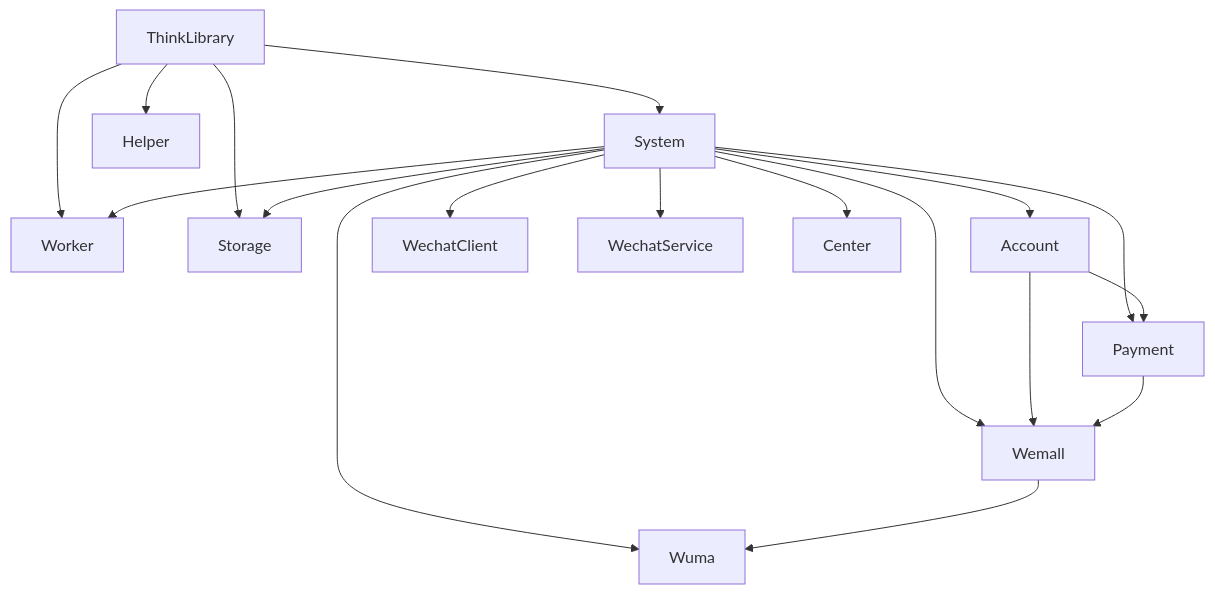
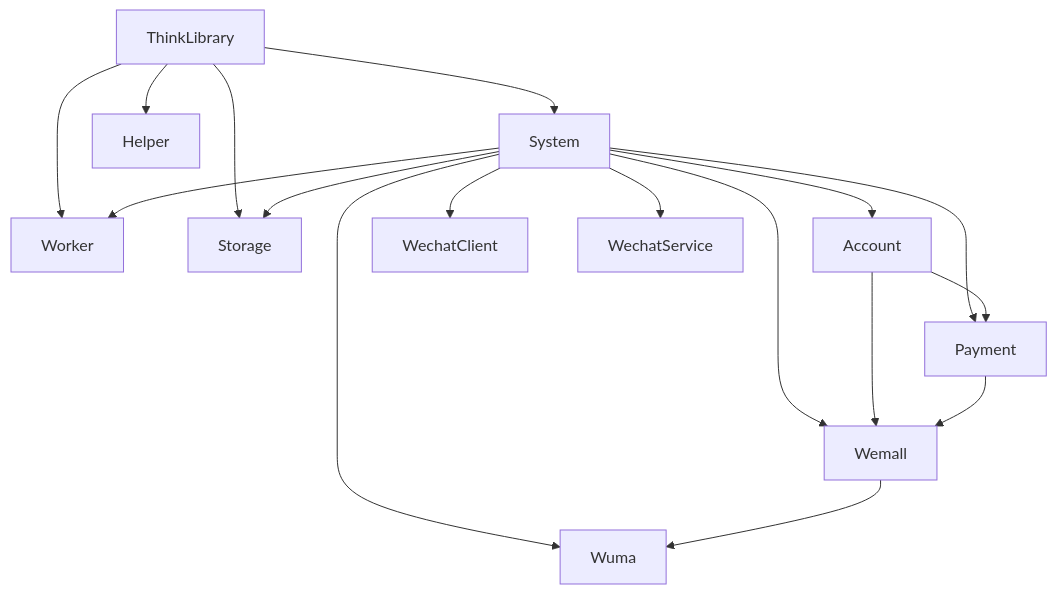
Before and after one commit to zoujingli/ThinkAdminDeveloper: the diagram in readme.md, drawn with Mermaid. The commit also changed other lines of this file and 2 other files, not shown here.

````diff
--- a/readme.md
+++ b/readme.md
@@ -28,20 +28,19 @@
 ```mermaid
 flowchart TD
     L["ThinkLibrary"] --> S["System"]
     L --> W["Worker"]
     L --> ST["Storage"]
     L --> H["Helper"]
     S --> ST
     S --> W
     S --> AC["Account"]
     S --> P["Payment"]
     S --> WC["WechatClient"]
     S --> WS["WechatService"]
     S --> WM["Wemall"]
     S --> U["Wuma"]
-    S --> C["Center"]
     AC --> P
     AC --> WM
     P --> WM
     WM --> U
 ```
````
